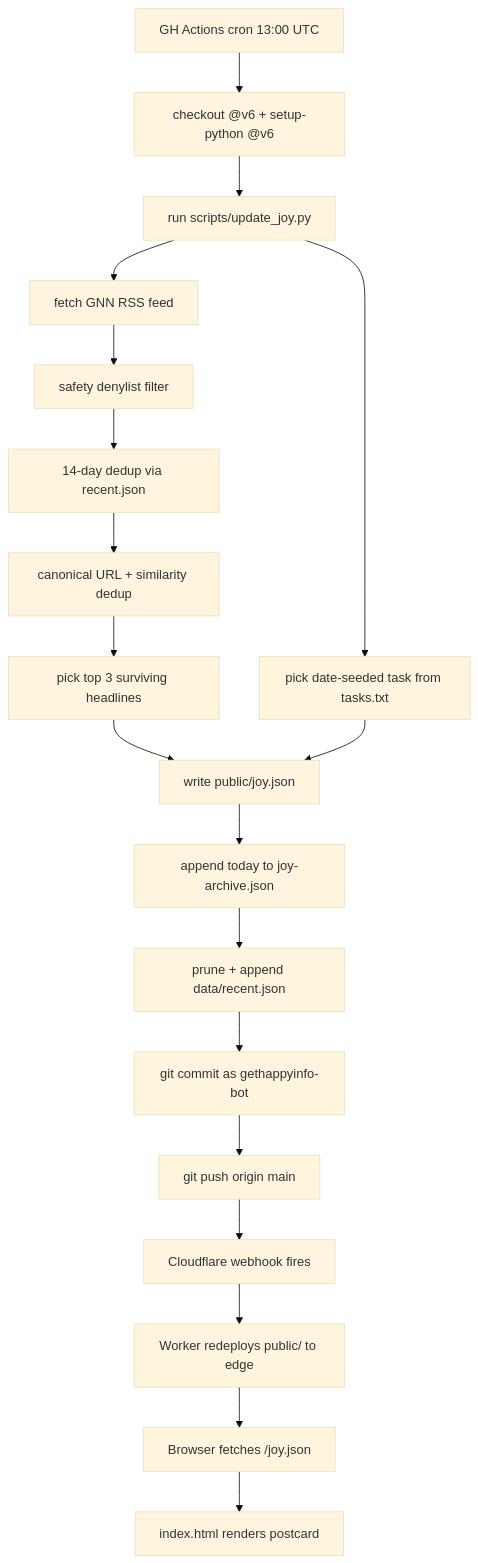
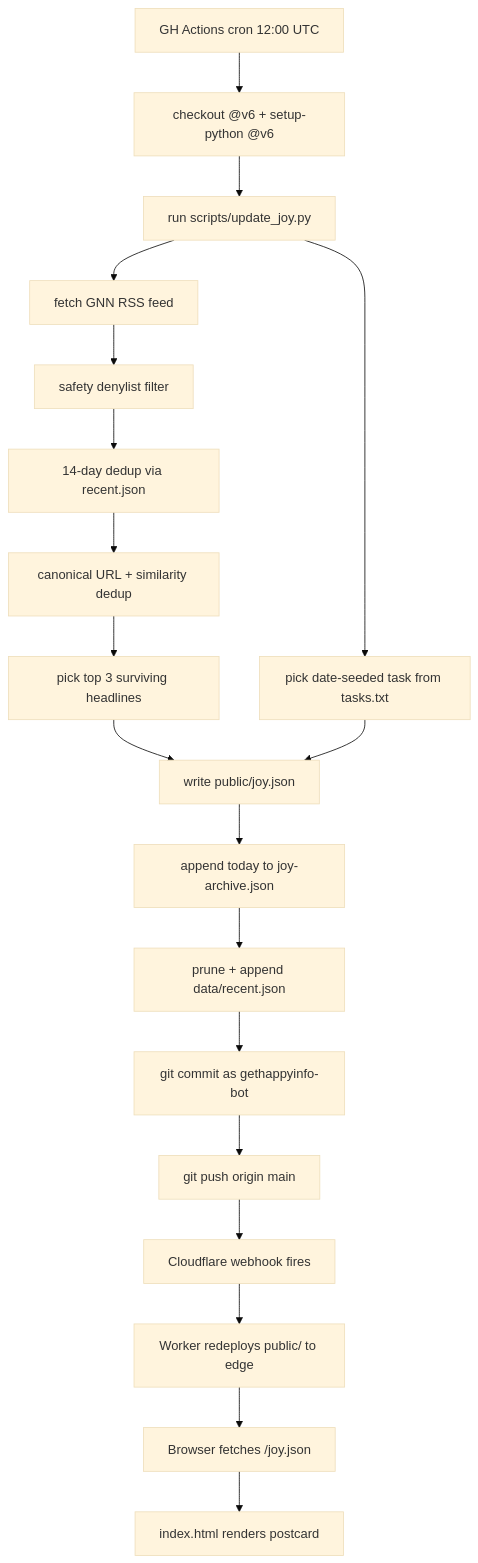
The first of 2 diagrams in docs/README.md (WolfNinja32/gethappyinfo-com), drawn with Mermaid (base theme) before and after one commit. The commit also changed other lines of this file, not shown here.

First line of the commit message:
Docs: correct daily cron to 12:00 UTC; note schedule unreliability

````diff
--- a/docs/README.md
+++ b/docs/README.md
@@ -51,21 +51,21 @@
 ```mermaid
 flowchart TD
-    A[GH Actions cron 13:00 UTC] --> B[checkout @v6 + setup-python @v6]
+    A[GH Actions cron 12:00 UTC] --> B[checkout @v6 + setup-python @v6]
     B --> C[run scripts/update_joy.py]
     C --> D[fetch GNN RSS feed]
     D --> E[safety denylist filter]
     E --> F[14-day dedup via recent.json]
     F --> G[canonical URL + similarity dedup]
     G --> H[pick top 3 surviving headlines]
     C --> I[pick date-seeded task from tasks.txt]
     H --> J[write public/joy.json]
     I --> J
     J --> K[append today to joy-archive.json]
     K --> L[prune + append data/recent.json]
     L --> M[git commit as gethappyinfo-bot]
     M --> N[git push origin main]
     N --> O[Cloudflare webhook fires]
     O --> P[Worker redeploys public/ to edge]
     P --> Q[Browser fetches /joy.json]
     Q --> R[index.html renders postcard]
 ```
````
